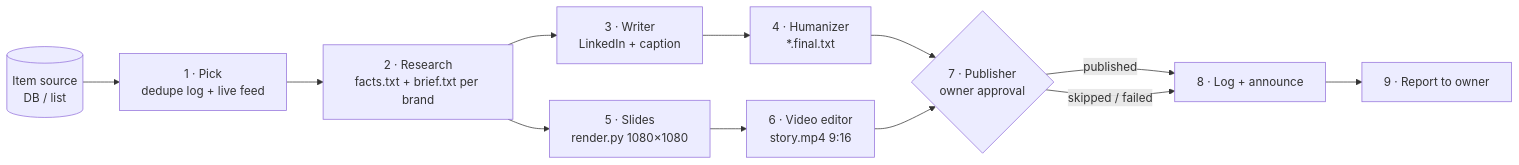
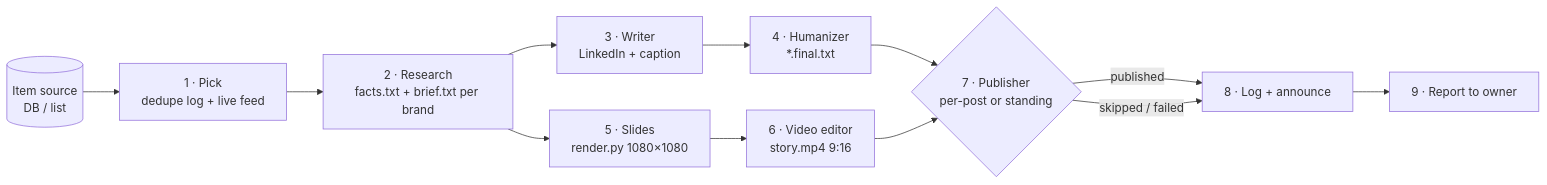
The diagram in README.md (mohamadreza-rezaei/content-crew), drawn with Mermaid before and after one commit. The commit also changed other lines of this file and 5 other files, not shown here.

````diff
--- a/README.md
+++ b/README.md
@@ -34,14 +35,14 @@
 ```mermaid
 flowchart LR
     A[(Item source<br/>DB / list)] --> B[1 · Pick<br/>dedupe log + live feed]
     B --> C[2 · Research<br/>facts.txt + brief.txt per brand]
     C --> D[3 · Writer<br/>LinkedIn + caption]
     D --> E[4 · Humanizer<br/>*.final.txt]
     C --> F[5 · Slides<br/>render.py 1080×1080]
     F --> G[6 · Video editor<br/>story.mp4 9:16]
-    E --> H{7 · Publisher<br/>owner approval}
+    E --> H{7 · Publisher<br/>per-post or standing}
     G --> H
     H -->|published| I[8 · Log + announce]
     H -->|skipped / failed| I
     I --> J[9 · Report to owner]
 ```
````
